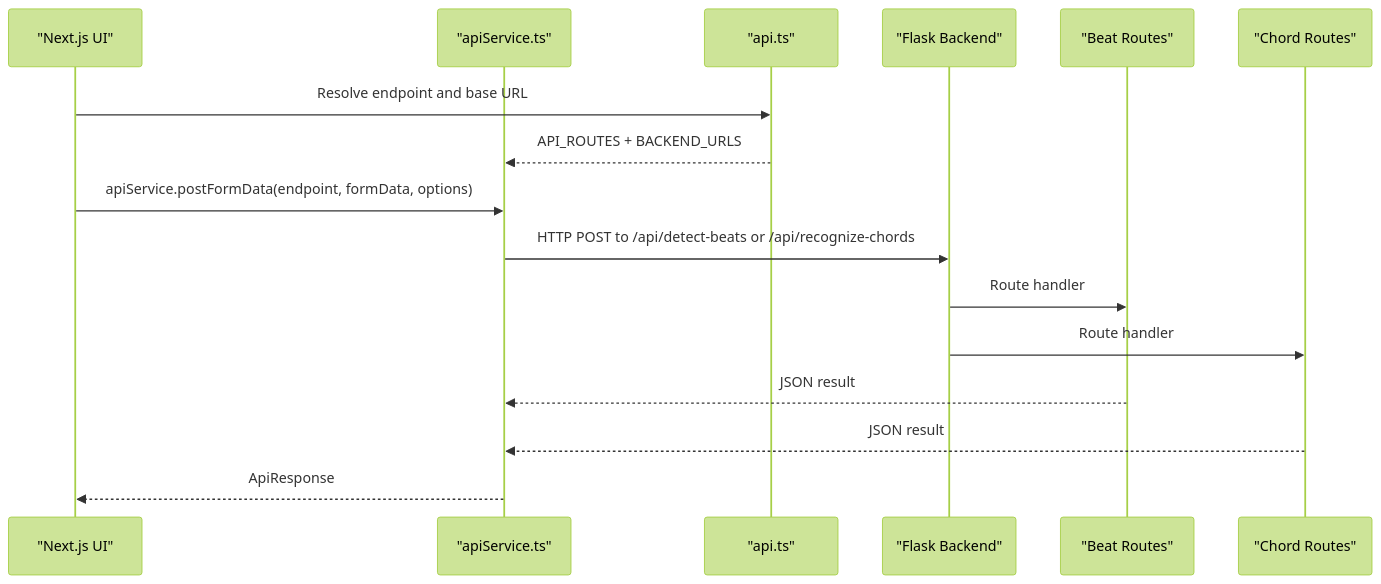
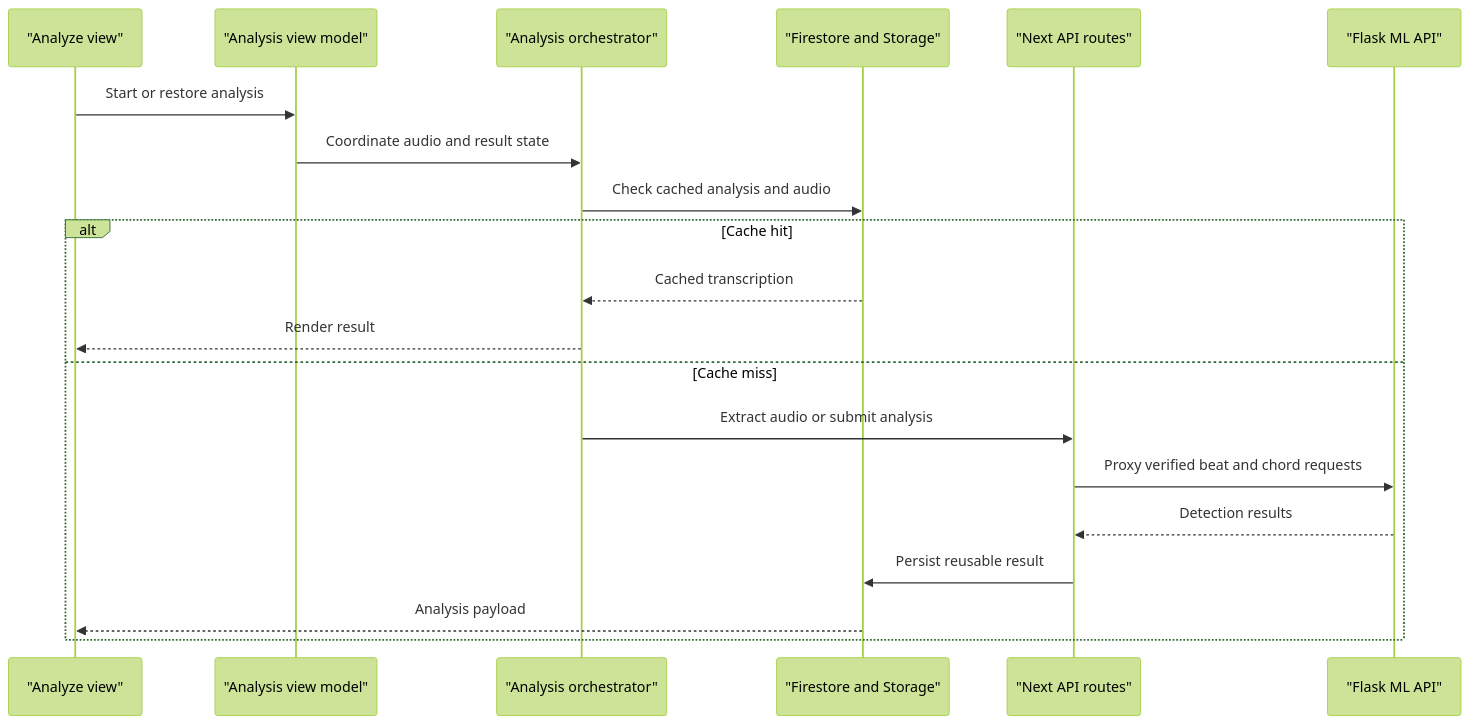
Before and after one commit to ptnghia-j/ChordMiniApp: the third of 8 diagrams in .qoder/repowiki/en/content/Project Overview/Architecture Overview.md, drawn with Mermaid (forest theme). The commit also changed other lines of this file and 10 other files, not shown here.

````diff
--- a/.qoder/repowiki/en/content/Project Overview/Architecture Overview.md
+++ b/.qoder/repowiki/en/content/Project Overview/Architecture Overview.md
@@ -161,18 +168,22 @@
 ```mermaid
 sequenceDiagram
-participant UI as "Next.js UI"
-participant API as "apiService.ts"
-participant CFG as "api.ts"
-participant SRV as "Flask Backend"
-participant BEAT as "Beat Routes"
-participant CHORD as "Chord Routes"
-UI->>CFG : Resolve endpoint and base URL
-CFG-->>API : API_ROUTES + BACKEND_URLS
-UI->>API : apiService.postFormData(endpoint, formData, options)
-API->>SRV : HTTP POST to /api/detect-beats or /api/recognize-chords
-SRV->>BEAT : Route handler
-SRV->>CHORD : Route handler
-BEAT-->>API : JSON result
-CHORD-->>API : JSON result
-API-->>UI : ApiResponse
+participant UI as "Analyze view"
+participant VM as "Analysis view model"
+participant ORCH as "Analysis orchestrator"
+participant CACHE as "Firestore and Storage"
+participant NEXT as "Next API routes"
+participant FLASK as "Flask ML API"
+UI->>VM : Start or restore analysis
+VM->>ORCH : Coordinate audio and result state
+ORCH->>CACHE : Check cached analysis and audio
+alt Cache hit
+    CACHE-->>ORCH : Cached transcription
+    ORCH-->>UI : Render result
+else Cache miss
+    ORCH->>NEXT : Extract audio or submit analysis
+    NEXT->>FLASK : Proxy verified beat and chord requests
+    FLASK-->>NEXT : Detection results
+    NEXT->>CACHE : Persist reusable result
+    CACHE-->>UI : Analysis payload
+end
 ```
````
